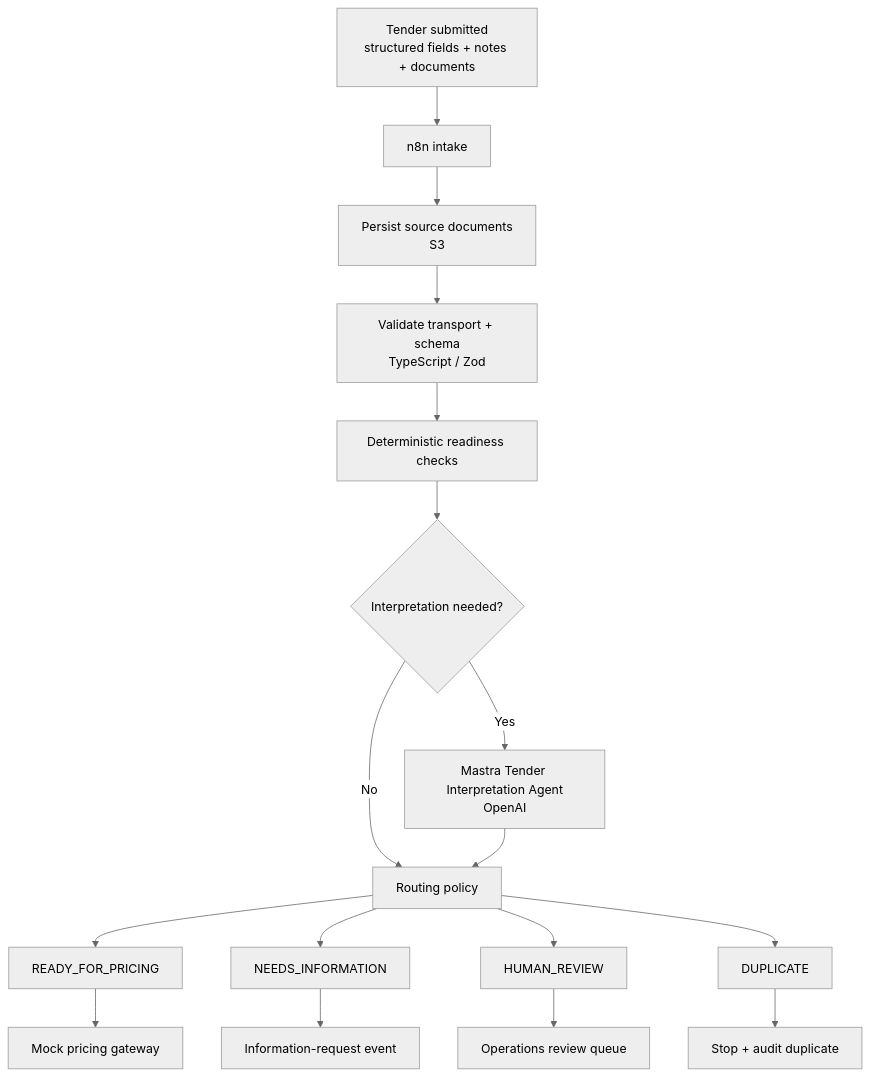
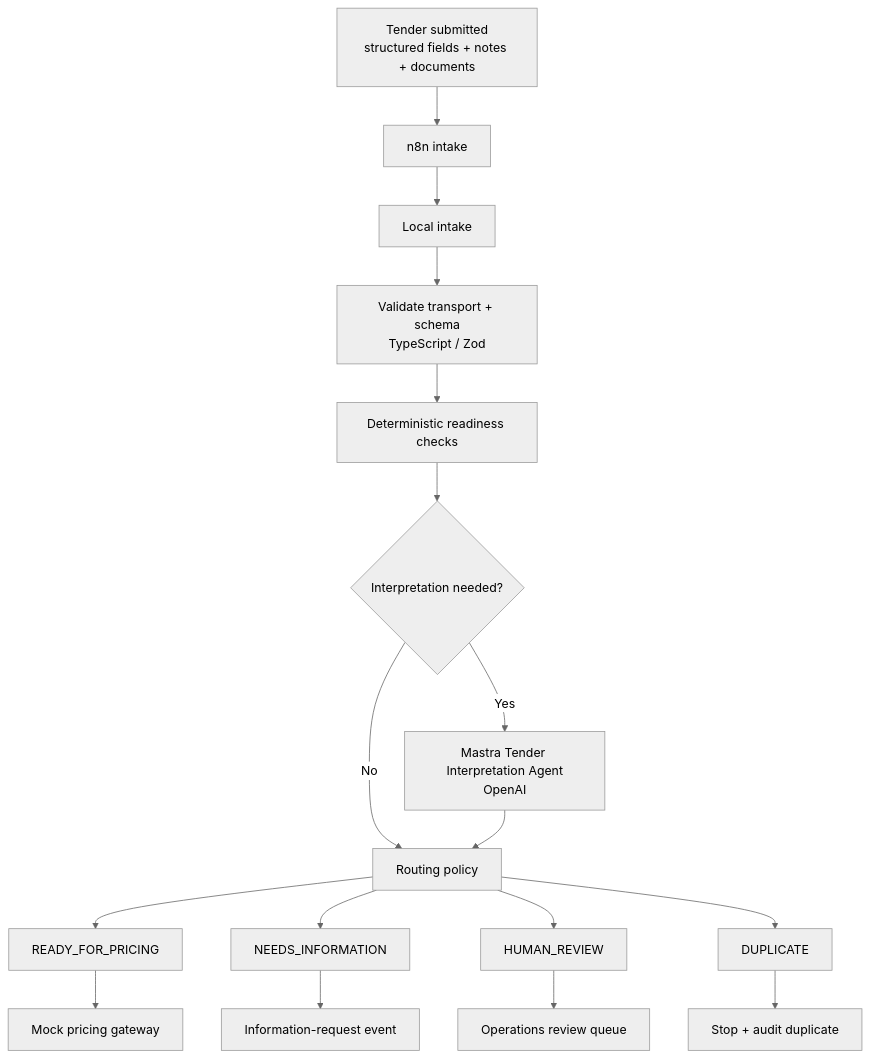
The diagram in docs/process-map.md (MichaelJLow/tem-tender-readiness-engine), drawn with Mermaid (neutral theme) before and after one commit. The commit also changed other lines of this file and 19 other files, not shown here.

````diff
--- a/docs/process-map.md
+++ b/docs/process-map.md
@@ -9,19 +9,19 @@
 ```mermaid
 flowchart TD
     A["Tender submitted<br/>structured fields + notes + documents"] --> B["n8n intake"]
-    B --> C["Persist source documents<br/>S3"]
+    B --> C["Local intake"]
     C --> D["Validate transport + schema<br/>TypeScript / Zod"]
     D --> E["Deterministic readiness checks"]
     E --> F{"Interpretation needed?"}
     F -->|No| H["Routing policy"]
     F -->|Yes| G["Mastra Tender Interpretation Agent<br/>OpenAI"]
     G --> H
     H --> I["READY_FOR_PRICING"]
     H --> J["NEEDS_INFORMATION"]
     H --> K["HUMAN_REVIEW"]
     H --> L["DUPLICATE"]
     I --> M["Mock pricing gateway"]
     J --> N["Information-request event"]
     K --> O["Operations review queue"]
     L --> P["Stop + audit duplicate"]
 ```
````
